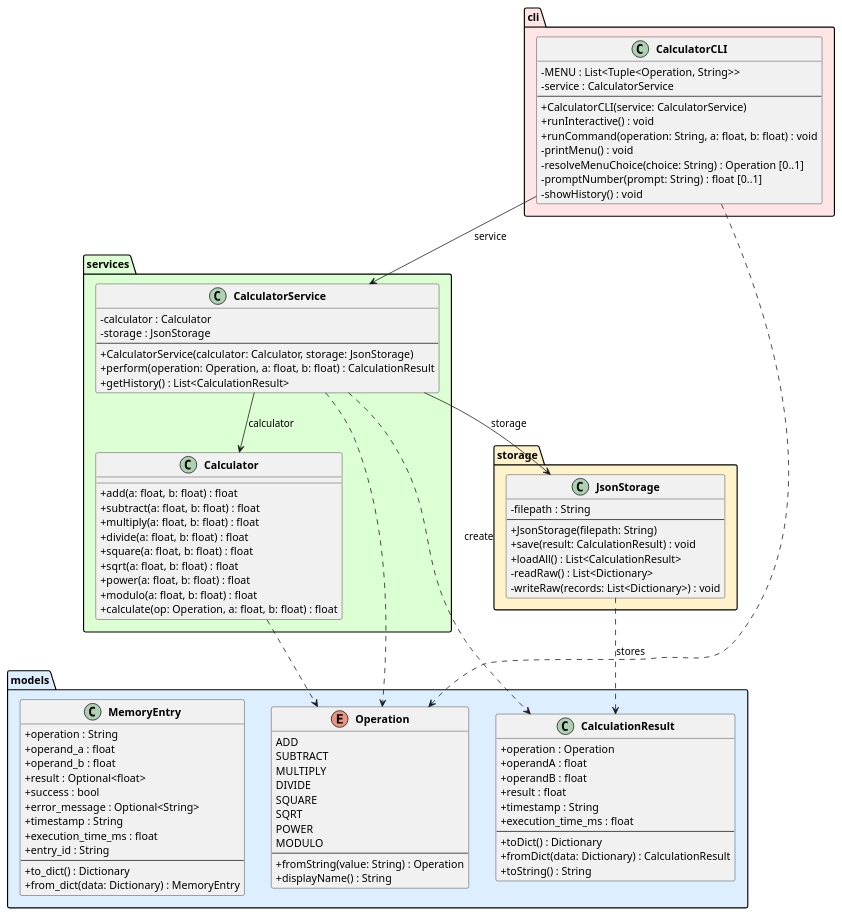
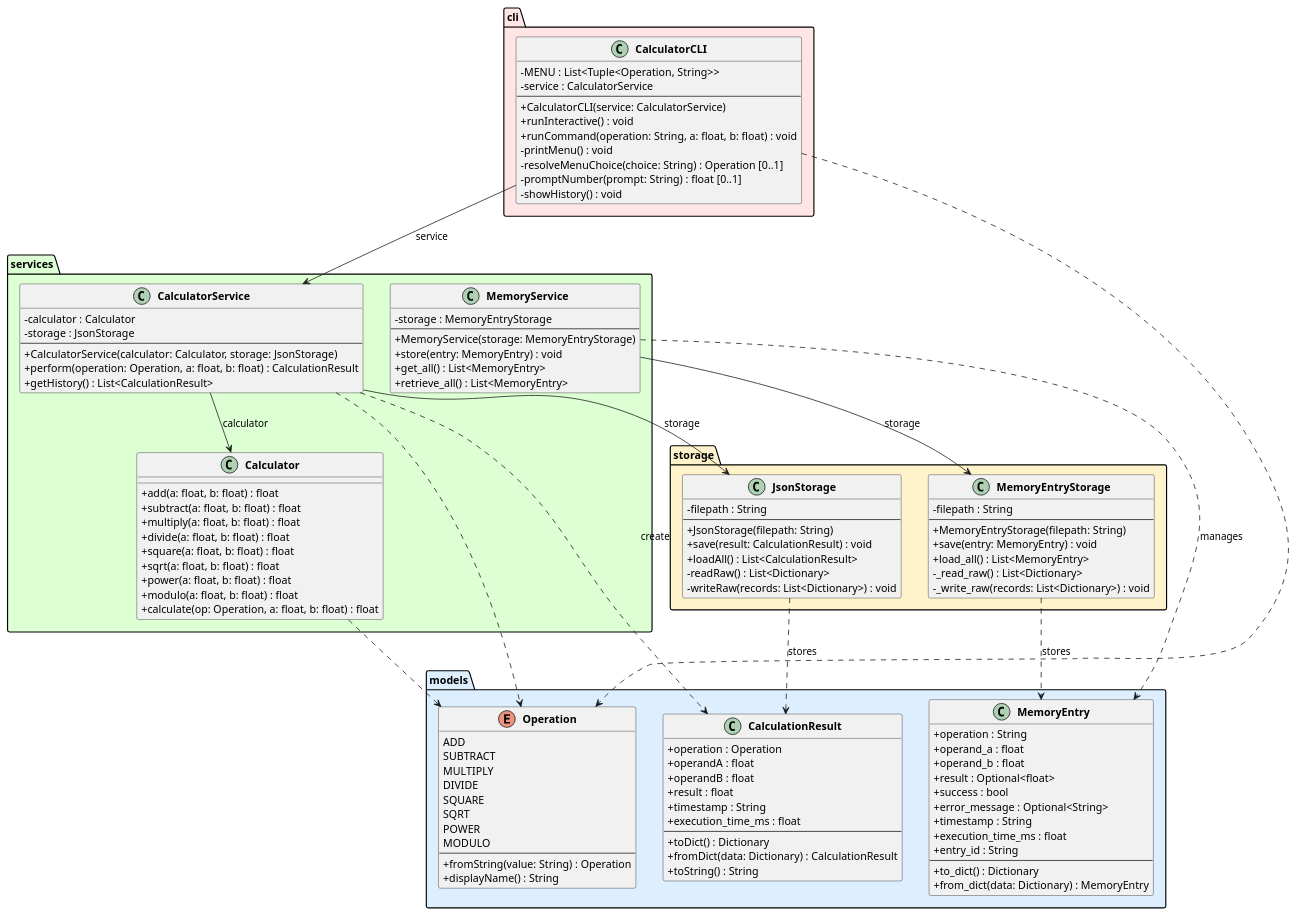
One commit to DanielRiha8906/Software_autoevolution_using_agents changed the diagram in experiments/broadcast/structured_text/calculator/artifacts/class_diagram.puml. Above: the diagram before and after it, drawn with PlantUML. The commit also changed 7 other files, not shown here.

```diff
--- a/experiments/broadcast/structured_text/calculator/artifacts/class_diagram.puml
+++ b/experiments/broadcast/structured_text/calculator/artifacts/class_diagram.puml
@@ -1,110 +1,132 @@
 @startuml class_diagram
 
 skinparam classAttributeIconSize 0
 skinparam classFontStyle bold
 
 package "models" #DDEEFF {
     enum Operation {
         ADD
         SUBTRACT
         MULTIPLY
         DIVIDE
         SQUARE
         SQRT
         POWER
         MODULO
         --
         +fromString(value: String) : Operation
         +displayName() : String
     }
 
     class CalculationResult {
         +operation : Operation
         +operandA : float
         +operandB : float
         +result : float
         +timestamp : String
         +execution_time_ms : float
         --
         +toDict() : Dictionary
         +fromDict(data: Dictionary) : CalculationResult
         +toString() : String
     }
 
     class MemoryEntry {
         +operation : String
         +operand_a : float
         +operand_b : float
         +result : Optional<float>
         +success : bool
         +error_message : Optional<String>
         +timestamp : String
         +execution_time_ms : float
         +entry_id : String
         --
         +to_dict() : Dictionary
         +from_dict(data: Dictionary) : MemoryEntry
     }
 }
 
 package "services" #DDFFD4 {
     class Calculator {
         +add(a: float, b: float) : float
         +subtract(a: float, b: float) : float
         +multiply(a: float, b: float) : float
         +divide(a: float, b: float) : float
         +square(a: float, b: float) : float
         +sqrt(a: float, b: float) : float
         +power(a: float, b: float) : float
         +modulo(a: float, b: float) : float
         +calculate(op: Operation, a: float, b: float) : float
     }
 
     class CalculatorService {
         -calculator : Calculator
         -storage : JsonStorage
         --
         +CalculatorService(calculator: Calculator, storage: JsonStorage)
         +perform(operation: Operation, a: float, b: float) : CalculationResult
         +getHistory() : List<CalculationResult>
     }
+
+    class MemoryService {
+        -storage : MemoryEntryStorage
+        --
+        +MemoryService(storage: MemoryEntryStorage)
+        +store(entry: MemoryEntry) : void
+        +get_all() : List<MemoryEntry>
+        +retrieve_all() : List<MemoryEntry>
+    }
 }
 
 package "storage" #FFF3CC {
     class JsonStorage {
         -filepath : String
         --
         +JsonStorage(filepath: String)
         +save(result: CalculationResult) : void
         +loadAll() : List<CalculationResult>
         -readRaw() : List<Dictionary>
         -writeRaw(records: List<Dictionary>) : void
+    }
+
+    class MemoryEntryStorage {
+        -filepath : String
+        --
+        +MemoryEntryStorage(filepath: String)
+        +save(entry: MemoryEntry) : void
+        +load_all() : List<MemoryEntry>
+        -_read_raw() : List<Dictionary>
+        -_write_raw(records: List<Dictionary>) : void
     }
 }
 
 package "cli" #FFE5E5 {
     class CalculatorCLI {
         -MENU : List<Tuple<Operation, String>>
         -service : CalculatorService
         --
         +CalculatorCLI(service: CalculatorService)
         +runInteractive() : void
         +runCommand(operation: String, a: float, b: float) : void
         -printMenu() : void
         -resolveMenuChoice(choice: String) : Operation [0..1]
         -promptNumber(prompt: String) : float [0..1]
         -showHistory() : void
     }
 }
 
 CalculatorCLI --> CalculatorService : service
 CalculatorService --> Calculator : calculator
 CalculatorService --> JsonStorage : storage
+MemoryService --> MemoryEntryStorage : storage
 
 CalculatorService ..> CalculationResult : create
 CalculatorService ..> Operation
 CalculatorCLI ..> Operation
 Calculator ..> Operation
 JsonStorage ..> CalculationResult : stores
+MemoryService ..> MemoryEntry : manages
+MemoryEntryStorage ..> MemoryEntry : stores
 
 @enduml
```
